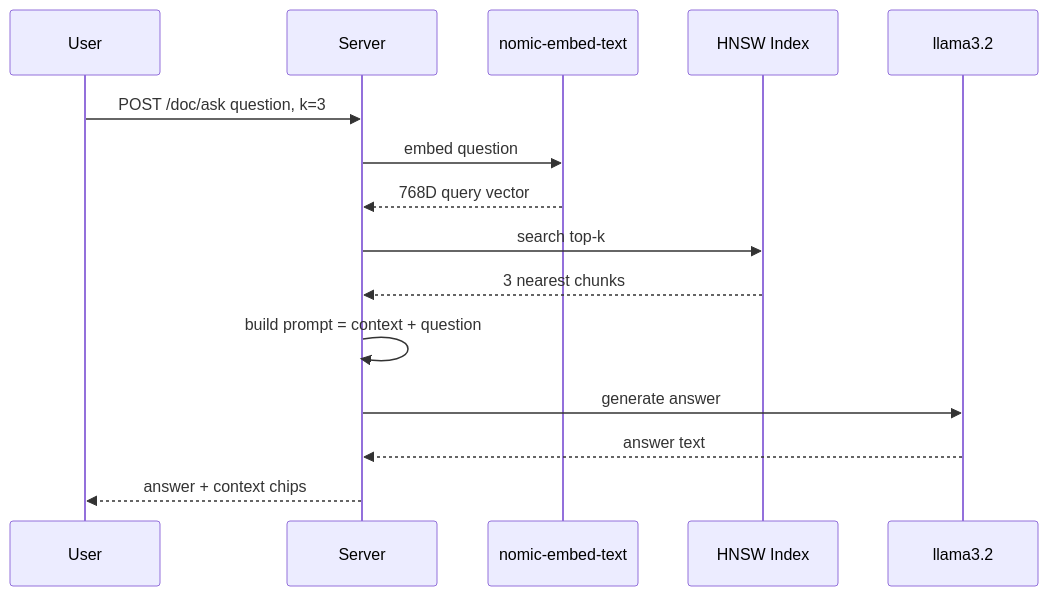
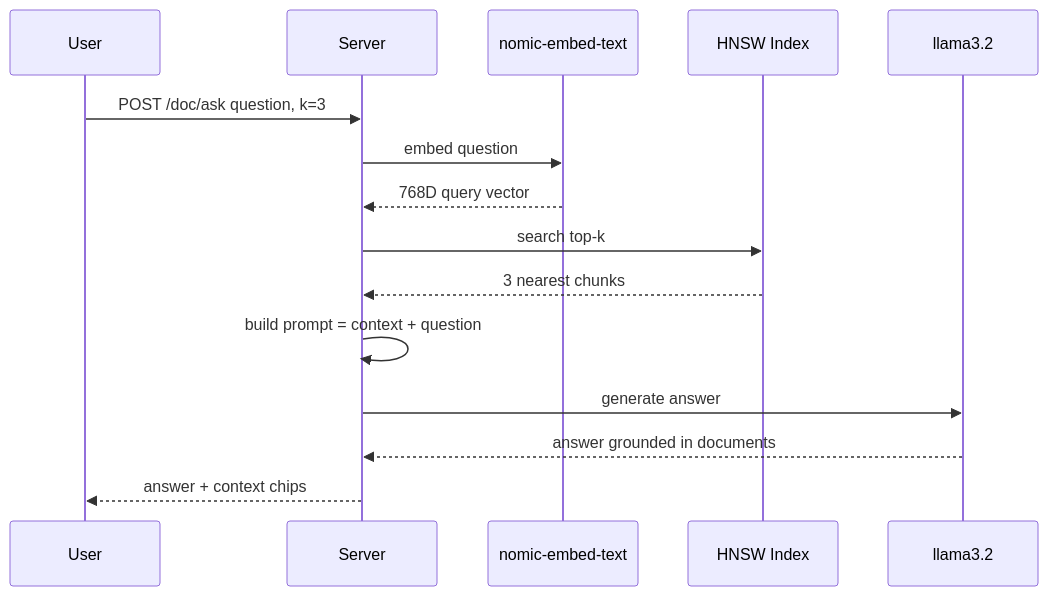
The fourth of 10 diagrams in README.md (krishkantrai27/StackForge), drawn with Mermaid before and after one commit. The commit also changed other lines of this file, not shown here.

````diff
--- a/README.md
+++ b/README.md
@@ -143,18 +182,18 @@
 ```mermaid
 sequenceDiagram
     participant U as User
     participant S as Server
     participant E as nomic-embed-text
     participant H as HNSW Index
     participant L as llama3.2
 
     U->>S: POST /doc/ask question, k=3
     S->>E: embed question
     E-->>S: 768D query vector
     S->>H: search top-k
     H-->>S: 3 nearest chunks
     S->>S: build prompt = context + question
     S->>L: generate answer
-    L-->>S: answer text
+    L-->>S: answer grounded in documents
     S-->>U: answer + context chips
 ```
````
